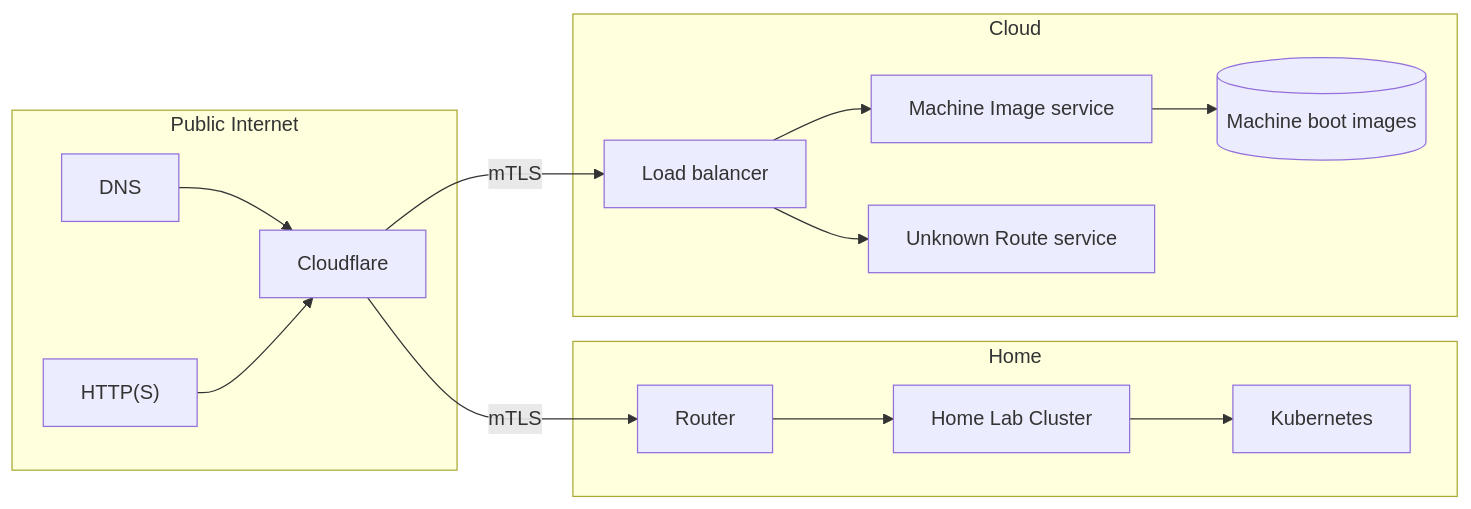
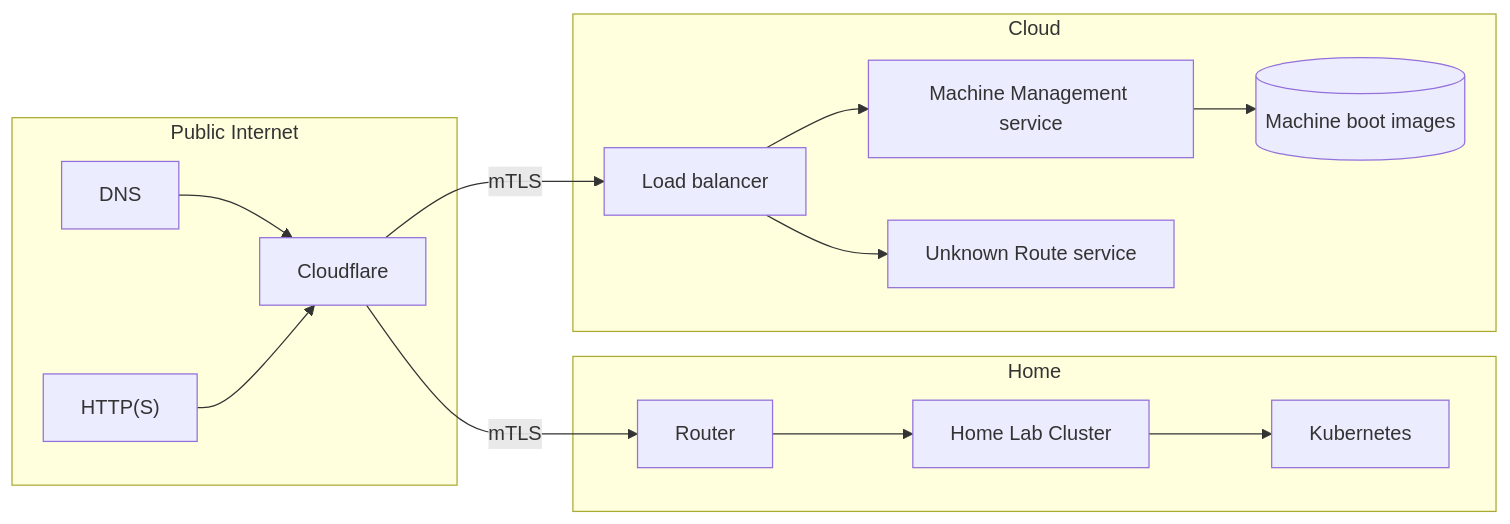
Before and after one commit to Zaba505/infra: the first of 2 diagrams in README.md, drawn with Mermaid. The commit also changed other lines of this file and 2 other files, not shown here.

Commit message:
docs(issue-69): document network boot sequence

````diff
--- a/README.md
+++ b/README.md
@@ -3,33 +3,33 @@
 ```mermaid
 flowchart LR
 
     dns["DNS"]
     https["HTTP(S)"]
     cloudflare["Cloudflare"]
     homeRouter["Router"]
     homeLab["Home Lab Cluster"]
     k8s["Kubernetes"]
     loadBalancer["Load balancer"]
     bootImages[("Machine boot images")]
-    imageService["Machine Image service"]
+    imageService["Machine Management service"]
     sinkService["Unknown Route service"]
 
     subgraph a [Public Internet]
         dns --> cloudflare
         https --> cloudflare
     end
 
     subgraph one [Home]
         homeRouter --> homeLab
         homeLab --> k8s
     end
 
     subgraph two [Cloud]
         loadBalancer --> imageService
         loadBalancer --> sinkService
         imageService --> bootImages
     end
 
     cloudflare -->|mTLS| loadBalancer
     cloudflare -->|mTLS| homeRouter
 ```
````
